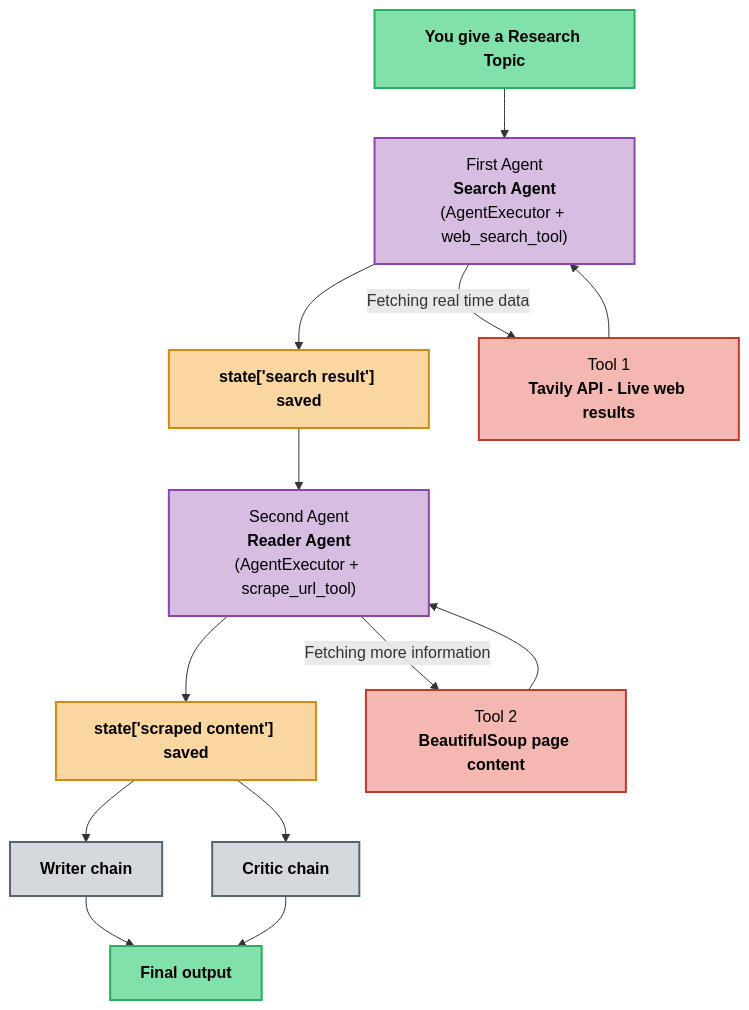
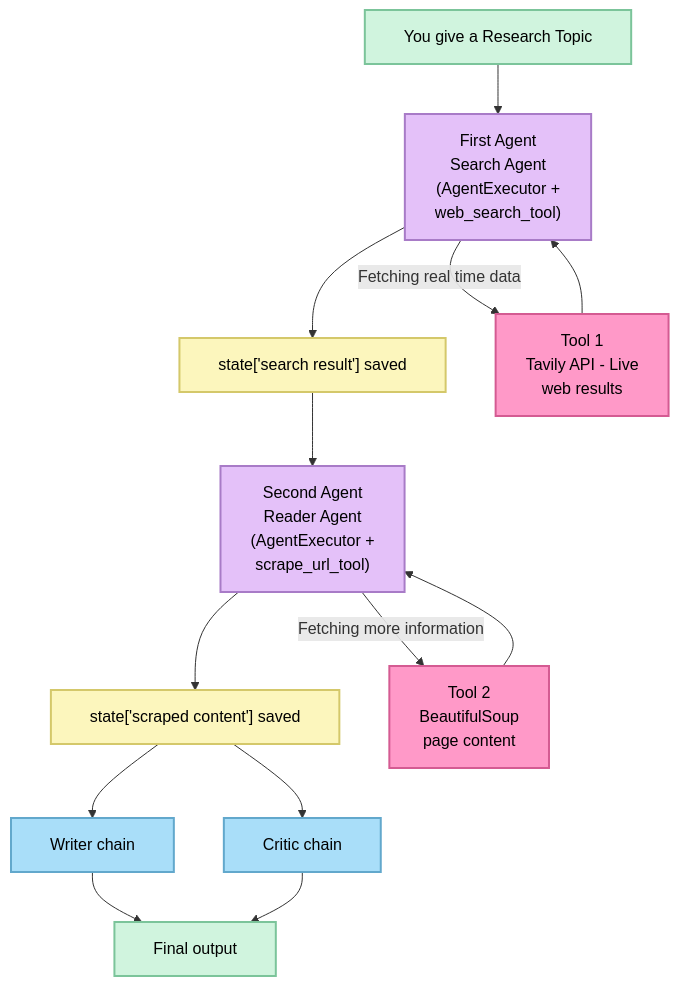
Before and after one commit to Nancy7089/Synthea: the diagram in README.md, drawn with Mermaid. The commit also changed other lines of this file, not shown here.

Commit message:
Revise flowchart and styling in README.md
Updated the visual flow diagram and styling in the README.

````diff
--- a/README.md
+++ b/README.md
@@ -13,50 +13,52 @@
 ```mermaid
-graph TD
-    %% Define Nodes (Main spine defined before Tools to keep Tools on the right)
-    Topic["<b>You give a Research Topic</b>"]
+%%{init: {'flowchart': {'wrappingWidth': 400, 'htmlLabels': true}}}%%
+flowchart TD
+    %% Define Nodes (Clean text + extra padding spaces so boxes never clip text)
+    Topic["&nbsp;&nbsp;You give a Research Topic&nbsp;&nbsp;"]
     
-    SearchAgent["First Agent<br><b>Search Agent</b><br>(AgentExecutor + web_search_tool)"]
-    State1["<b>state['search result'] saved</b>"]
-    Tool1["Tool 1<br><b>Tavily API - Live web results</b>"]
+    SearchAgent["First Agent<br/>Search Agent<br/>(AgentExecutor +<br/>web_search_tool)"]
+    State1["&nbsp;&nbsp;state['search result'] saved&nbsp;&nbsp;"]
+    Tool1["Tool 1<br/>Tavily API - Live<br/>web results"]
     
-    ReaderAgent["Second Agent<br><b>Reader Agent</b><br>(AgentExecutor + scrape_url_tool)"]
-    State2["<b>state['scraped content'] saved</b>"]
-    Tool2["Tool 2<br><b>BeautifulSoup page content</b>"]
+    ReaderAgent["Second Agent<br/>Reader Agent<br/>(AgentExecutor +<br/>scrape_url_tool)"]
+    State2["&nbsp;&nbsp;state['scraped content'] saved&nbsp;&nbsp;"]
+    Tool2["Tool 2<br/>BeautifulSoup<br/>page content"]
     
-    WriterChain["<b>Writer chain</b>"]
-    CriticChain["<b>Critic chain</b>"]
+    WriterChain["&nbsp;&nbsp;Writer chain&nbsp;&nbsp;"]
+    CriticChain["&nbsp;&nbsp;Critic chain&nbsp;&nbsp;"]
     
-    Final["<b>Final output</b>"]
+    Final["&nbsp;&nbsp;Final output&nbsp;&nbsp;"]
     
     %% Connections (Main flow declared first so Tools branch to the right)
     Topic --> SearchAgent
     
     SearchAgent --> State1
     SearchAgent -->|Fetching real time data| Tool1
     Tool1 --> SearchAgent
     
     State1 --> ReaderAgent
     
     ReaderAgent --> State2
     ReaderAgent -->|Fetching more information| Tool2
     Tool2 --> ReaderAgent
     
     %% Parallel Writer and Critic Chains
     State2 --> WriterChain
     State2 --> CriticChain
     
     WriterChain --> Final
     CriticChain --> Final
     
-    %% Pastel Styling
-    style Topic fill:#82e0aa,stroke:#27ae60,stroke-width:2px,color:#000
-    style SearchAgent fill:#d7bde2,stroke:#8e44ad,stroke-width:2px,color:#000
-    style Tool1 fill:#f5b7b1,stroke:#c0392b,stroke-width:2px,color:#000
-    style State1 fill:#fad7a1,stroke:#d68910,stroke-width:2px,color:#000
-    style ReaderAgent fill:#d7bde2,stroke:#8e44ad,stroke-width:2px,color:#000
-    style Tool2 fill:#f5b7b1,stroke:#c0392b,stroke-width:2px,color:#000
-    style State2 fill:#fad7a1,stroke:#d68910,stroke-width:2px,color:#000
-    style WriterChain fill:#d5d8dc,stroke:#566573,stroke-width:2px,color:#000
-    style CriticChain fill:#d5d8dc,stroke:#566573,stroke-width:2px,color:#000
-    style Final fill:#82e0aa,stroke:#27ae60,stroke-width:2px,color:#000
+    %% Custom Pastel Palette Styling
+    %% Green (#D0F4DE), Purple (#E4C1F9), Pink (#FF99C8), Yellow (#FCF6BD), Blue (#A9DEF9)
+    style Topic fill:#D0F4DE,stroke:#7bc49a,stroke-width:2px,color:#000
+    style SearchAgent fill:#E4C1F9,stroke:#a87bc7,stroke-width:2px,color:#000
+    style Tool1 fill:#FF99C8,stroke:#d45b92,stroke-width:2px,color:#000
+    style State1 fill:#FCF6BD,stroke:#d4c86a,stroke-width:2px,color:#000
+    style ReaderAgent fill:#E4C1F9,stroke:#a87bc7,stroke-width:2px,color:#000
+    style Tool2 fill:#FF99C8,stroke:#d45b92,stroke-width:2px,color:#000
+    style State2 fill:#FCF6BD,stroke:#d4c86a,stroke-width:2px,color:#000
+    style WriterChain fill:#A9DEF9,stroke:#62a8cc,stroke-width:2px,color:#000
+    style CriticChain fill:#A9DEF9,stroke:#62a8cc,stroke-width:2px,color:#000
+    style Final fill:#D0F4DE,stroke:#7bc49a,stroke-width:2px,color:#000
 ```
````
